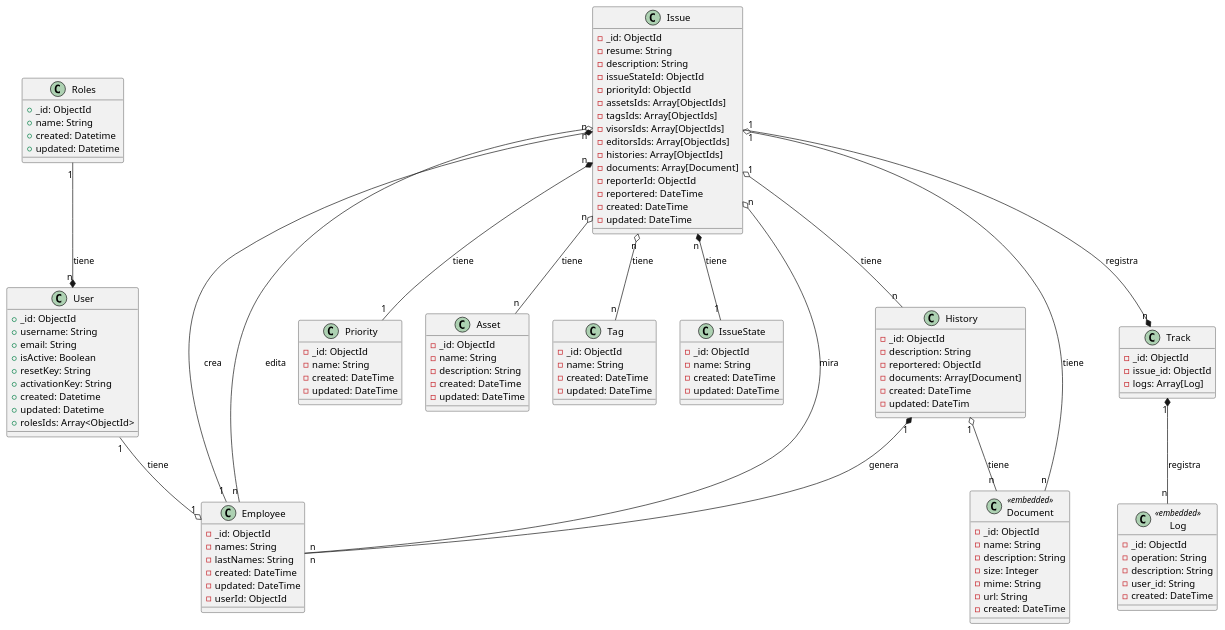
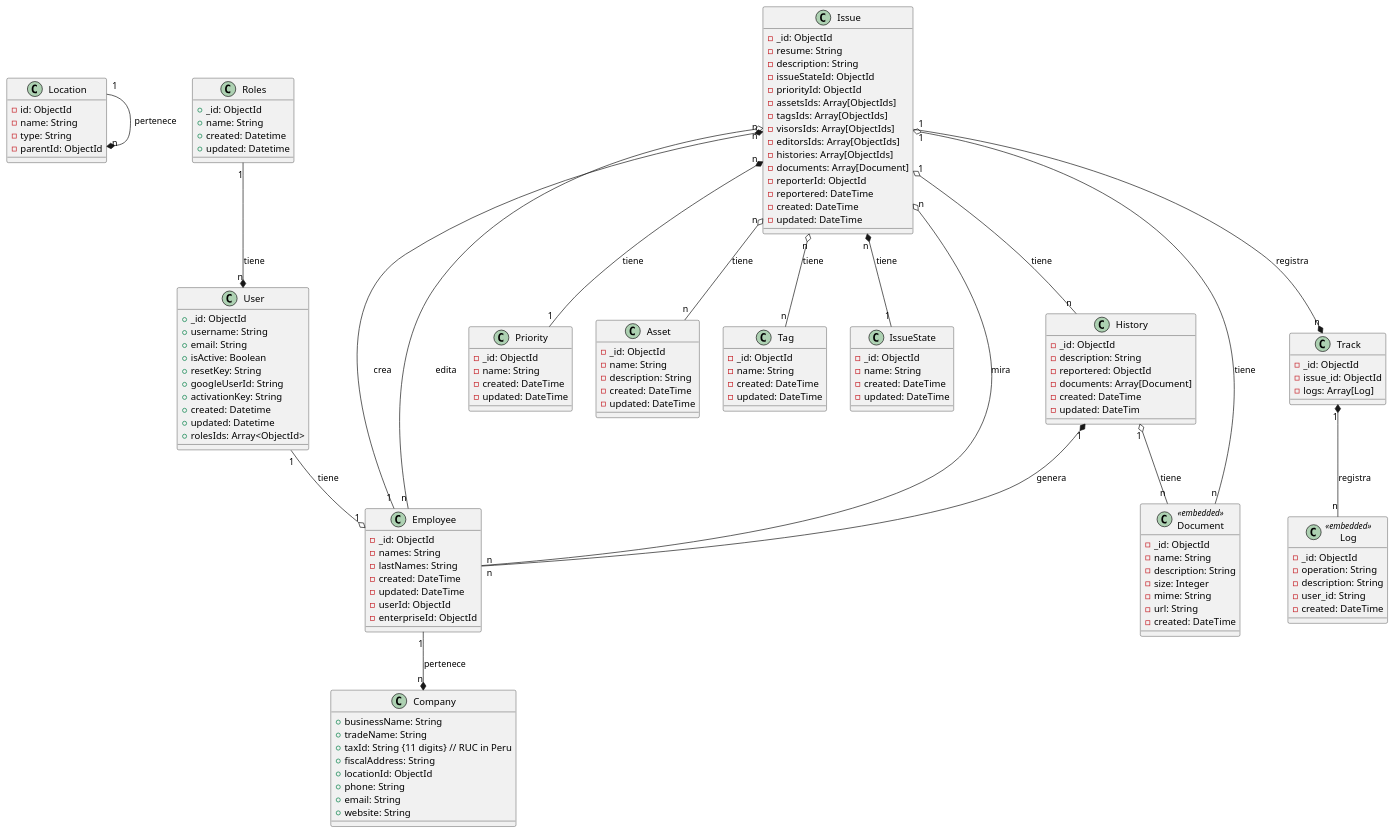
The diagram in docs/class diagram.puml (pepeul1191/django-mongodb-tickets), drawn with PlantUML before and after one commit. The commit also changed 14 other files, not shown here.

```diff
--- a/docs/class diagram.puml
+++ b/docs/class diagram.puml
@@ -1,127 +1,152 @@
 @startuml
+
+
+class Location {
+  - id: ObjectId
+  - name: String
+  - type: String
+  - parentId: ObjectId
+}
+
+Location "1" --* "n" Location : pertenece
+
+class Company {
+  + businessName: String
+  + tradeName: String
+  + taxId: String {11 digits} // RUC in Peru
+  + fiscalAddress: String
+  + locationId: ObjectId
+  + phone: String
+  + email: String
+  + website: String
+}
 
 class Employee {
   - _id: ObjectId
   - names: String
   - lastNames: String
   - created: DateTime
   - updated: DateTime
   - userId: ObjectId
+  - enterpriseId: ObjectId
 }
+
+Employee "1" --* "n" Company : pertenece
 
 class Priority {
   - _id: ObjectId
   - name: String
   - created: DateTime
   - updated: DateTime
 }
 
 class Asset {
   - _id: ObjectId
   - name: String
   - description: String
   - created: DateTime
   - updated: DateTime
 }
 
 class Tag{
   - _id: ObjectId
   - name: String
   - created: DateTime
   - updated: DateTime
 }
 
 class IssueState {
   - _id: ObjectId
   - name: String
   - created: DateTime
   - updated: DateTime
 }
 
 class Issue {
   - _id: ObjectId
   - resume: String
   - description: String
   - issueStateId: ObjectId
   - priorityId: ObjectId
   - assetsIds: Array[ObjectIds]
   - tagsIds: Array[ObjectIds]
   - visorsIds: Array[ObjectIds]
   - editorsIds: Array[ObjectIds]
   - histories: Array[ObjectIds]
   - documents: Array[Document]
   - reporterId: ObjectId
   - reportered: DateTime
   - created: DateTime
   - updated: DateTime
 }
 
 class History {
   - _id: ObjectId
   - description: String
   - reportered: ObjectId
   - documents: Array[Document]
   - created: DateTime
   - updated: DateTim
 }
 
 class Document <<embedded>>{
   - _id: ObjectId
   - name: String
   - description: String
   - size: Integer
   - mime: String
   - url: String
   - created: DateTime
 }
 
 class Track {
   - _id: ObjectId
   - issue_id: ObjectId
   - logs: Array[Log]
 }
 
 class Log <<embedded>>{
   - _id: ObjectId
   - operation: String
   - description: String
   - user_id: String
   - created: DateTime
 }
 
 class User {
   + _id: ObjectId
   + username: String
   + email: String
   + isActive: Boolean
   + resetKey: String
+  + googleUserId: String
   + activationKey: String
   + created: Datetime
   + updated: Datetime
   + rolesIds: Array<ObjectId>
 }
 
 class Roles {
   + _id: ObjectId
   + name: String
   + created: Datetime
   + updated: Datetime
 }
 
 Issue "n" *-- "1" Employee : crea
 Issue "n" o-- "n" Employee : mira
 Issue "n" o-- "n" Employee : edita
 Issue "n" *-- "1" IssueState : tiene
 Issue "n" *-- "1" Priority : tiene
 Issue "n" o-- "n" Asset : tiene
 Issue "n" o-- "n" Tag : tiene
 Issue "1" o-- "n" History : tiene
 Issue "1" o-- "n" Document : tiene
 History "1" o-- "n" Document : tiene
 History "1" *-- "n" Employee : genera
 Track "1" *-- "n" Log : registra
 Issue "1" --* "n" Track : registra
 Roles "1" --* "n" User : tiene
 User "1" --o "1" Employee : tiene
 
 @enduml
```
